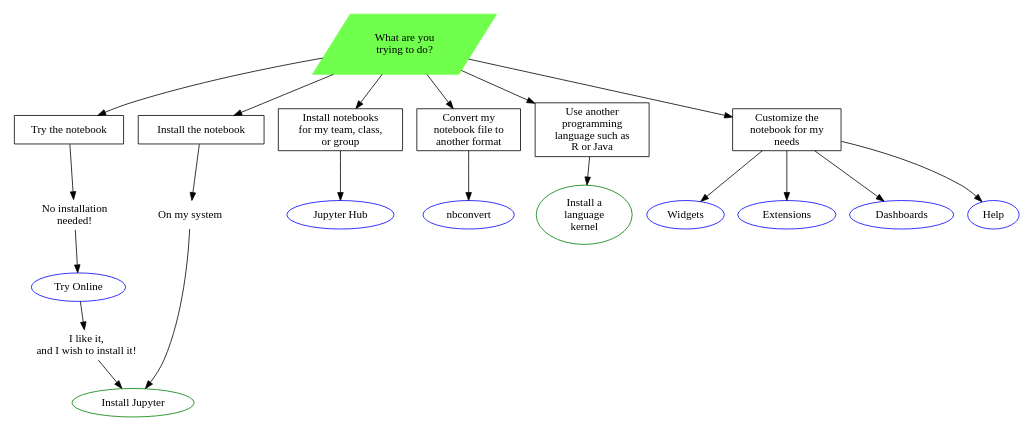
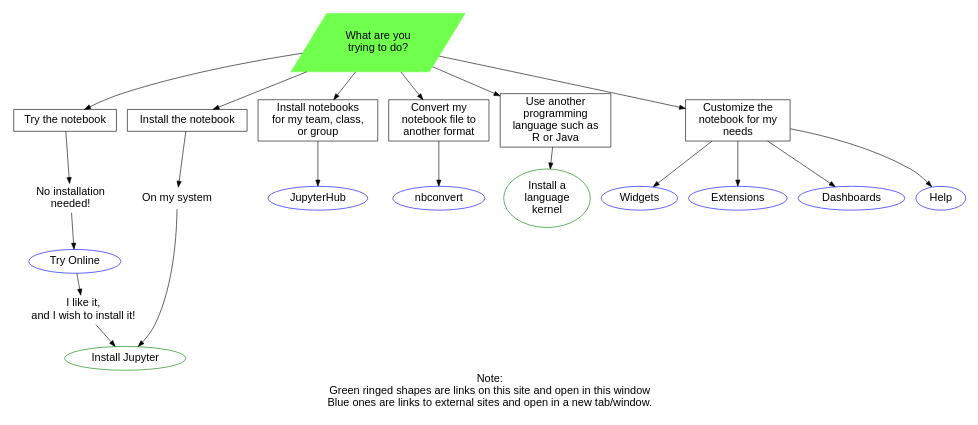
The diagram in docs/source/projects/content-projects.rst (jupyter/jupyter), drawn with Graphviz before and after one commit.

Commit message:
Corrected several typos, made more readable, added missing tooltips & added font.

```diff
--- a/docs/source/projects/content-projects.rst
+++ b/docs/source/projects/content-projects.rst
@@ -20,31 +20,101 @@
 
 	digraph decide_project {
 		size="10,4";
+		graph [fontname = "helvetica", fontsize="18"];
+		node [fontname = "helvetica", fontsize="18"];
+		edge [fontname = "helvetica", fontsize="18"];
+        label = "Note:\nGreen ringed shapes are links on this site and open in this window\nBlue ones are links to external sites and open in a new tab/window."
+		tooltip="How do I decide which packages I need?";
 		// Top Level
-		//label="How do I decide which pakages I need?";
-		tooltip="How do I decide which pakages I need?";
-		what [shape=parallelogram, label="What are you\ntrying to do?", style=filled, color=".3 .7 1.0"]
+		what [
+			shape=parallelogram,
+			label="What are you\ntrying to do?",
+			tooltip="You have several possibilities!",
+			style=filled, color=".3 .7 1.0"]
 		// Second Level
-		try [shape=box, label="Try the notebook"]
-		install [shape=box, label="Install the notebook", tooltip="Go To Install Jupyter"]
-		team [shape=box, label="Install notebooks\n for my team, class,\n or group"]
-		convert [shape=box, label="Convert my\n notebook file to\n another format"]
-		lang [shape=box, label="Use another\n programming\n language such as\n R or Java"]
-		custom [shape=box, label="Customize the\n notebook for my\n needs"]
+		try [
+			shape=box, 
+			label="Try the notebook", 
+			tooltip="Try the Jupyter notebook!"]
+		install [shape=box, 
+			label="Install the notebook", 
+			tooltip="Go To Install Jupyter!"]
+		team [
+			shape=box, 
+			label="Install notebooks\n for my team, class,\n or group", 
+			tooltip="Install for teams, etc!"]
+		convert [
+			shape=box, 
+			label="Convert my\n notebook file to\n another format", 
+			tooltip="Convert to other formats."]
+		lang [
+			shape=box, 
+			label="Use another\n programming\n language such as\n R or Java", 
+			tooltip="Use other programming languages."]
+		custom [
+			shape=box, 
+			label="Customize the\n notebook for my\n needs",
+			tooltip="Customize Notebooks."]
 		// 3rd Level
-		online [label="Try Online", href="https://try.jupyter.org/", target="_blank", tooltip="Try Online", style=underline, color=blue,]
-		doinstall [label="Install Jupyter", tooltip="How to install", href="../install.html", target="_top", color=green,] // 4th level
-		hub [label="Jupyter Hub", tooltip="Install Jupyter Hub", target="_blank", color=blue, href="https://github.com/jupyterhub/jupyterhub"]
-		nbconvert [label="nbconvert", tooltip="How to convert notebooks", target="_blank", color=blue, href="https://nbconvert.readthedocs.io/en/latest/"]
-		kernel [label="Install a\n language\nkernel", tooltip="How to install kernels", target="_top", color=green, href="../projects/subprojects.html?highlight=jupyterhub#kernels"]
-		noinst [shape=plaintext, label="No installation\nneeded!", color=blue]
-		like [shape=plaintext, label="I like it,\nand I wish to install it!", color=blue]
-		my [shape=plaintext, label="On my system", tooltip="Local Installation", color=blue]
+		online [
+			label="Try Online", 
+			tooltip="Try Notebooks Online - without any installation!", 
+			target="_blank", color=blue, // External Link
+			href="https://try.jupyter.org/"]
+		doinstall [
+			label="Install Jupyter", 
+			tooltip="How to install", 
+			target="_top", color=green, // Local Link
+			href="../install.html"] // 4th level
+		hub [
+			label="JupyterHub", 
+			tooltip="Install JupyterHub", 
+			target="_blank", color=blue, // External Link 
+			href="https://github.com/jupyterhub/jupyterhub"]
+		nbconvert [
+			label="nbconvert", 
+			tooltip="How to convert notebooks", 
+			target="_blank", color=blue, // External Link 
+			href="https://nbconvert.readthedocs.io/en/latest/"]
+		kernel [
+			label="Install a\nlanguage\nkernel", 
+			tooltip="How to install kernels", 
+			target="_top", color=green, // Local Link
+			href="../projects/subprojects.html?highlight=jupyterhub#kernels"]
+		// Path labels
+		noinst [
+			shape=plaintext, 
+			label="No installation\nneeded!", 
+			tooltip="Don't wish to install yet?"]
+		like [
+			shape=plaintext, 
+			label="I like it,\nand I wish to install it!", 
+			tooltip="You like it!"]
+		my [
+			shape=plaintext, 
+			label="On my system", 
+			tooltip="Local Installation"]
 		// below kernel
-		widgets [label="Widgets", tooltip="Install & use ipywidgets", target="_blank", color=blue, href="https://ipywidgets.readthedocs.io/en/latest/"]
-		extend [label="Extensions", tooltip="Install & use extentions", target="_blank", color=blue, href="https://github.com/jupyter/help"]
-		dash [label="Dashboards", tooltip="Install & use dashboards", target="_blank", color=blue, href="https://github.com/ipython-contrib/IPython-notebook-extensions"]
-		help [label="Help", tooltip="Ask on jupyter help", target="_blank", color=blue, href="https://github.com/jupyter/help"]
+		widgets [
+			label="Widgets", 
+			tooltip="Install & use ipywidgets", 
+			target="_blank", color=blue, // External Link 
+			href="https://ipywidgets.readthedocs.io/en/latest/"]
+		extend [
+			label="Extensions", 
+			tooltip="Install & use extensions", 
+			target="_blank", color=blue, // External Link 
+			href="https://github.com/jupyter/help"]
+		dash [
+			label="Dashboards", 
+			tooltip="Install & use dashboards",
+			target="_blank", color=blue, // External Link 
+			href="https://github.com/ipython-contrib/IPython-notebook-extensions"]
+		help [
+			label="Help", 
+			tooltip="Ask on jupyter help", 
+			target="_blank", color=blue, // External Link 
+			href="https://github.com/jupyter/help"]
 		// Edges
 		what -> {try install team convert lang custom}
 		try -> noinst -> online
```
